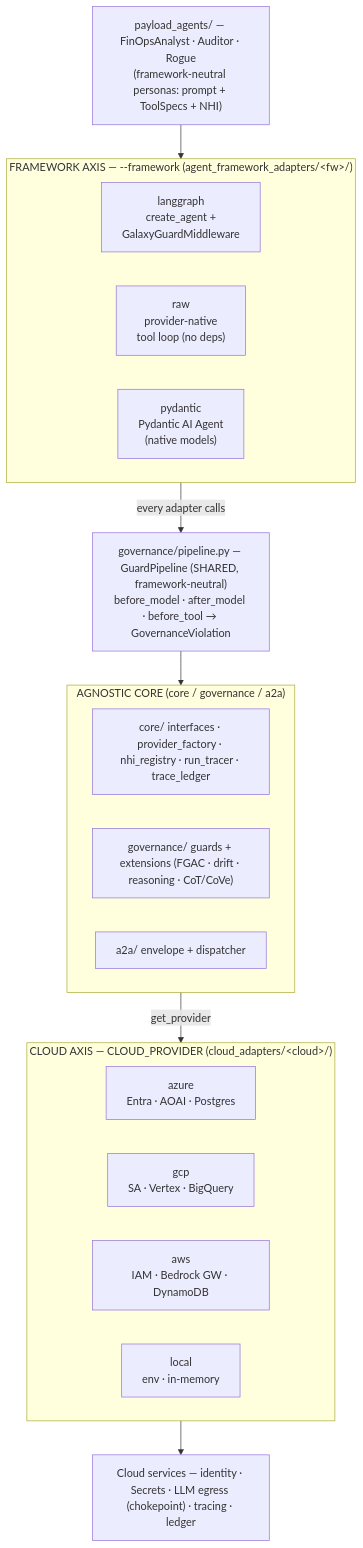
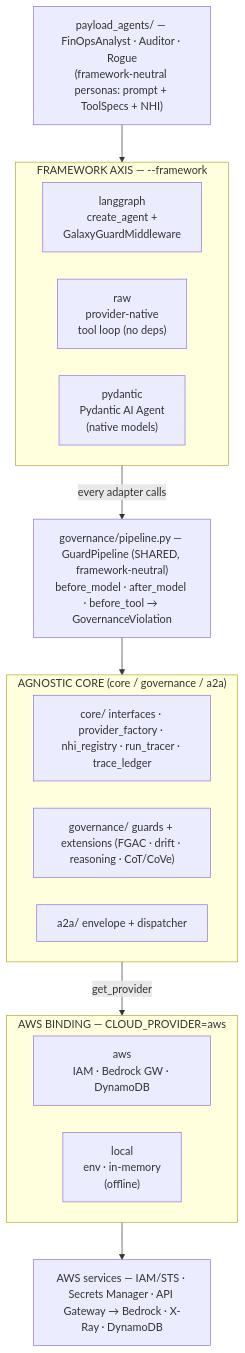
Before and after one commit to rlpatrao/agent-gov-sec: the first of 2 diagrams in docs/architecture-framework-aws.md, drawn with Mermaid. The commit also changed other lines of this file and 56 other files, not shown here.

First line of the commit message:
refactor: move framework adapters into payload_agents/, add per-framework personas

````diff
--- a/docs/architecture-framework-aws.md
+++ b/docs/architecture-framework-aws.md
@@ -57,36 +57,35 @@
 ```mermaid
+%%{init: {"flowchart": {"nodeSpacing": 40, "rankSpacing": 55}, "themeVariables": {"fontSize": "16px"}}}%%
 flowchart TB
     P["payload_agents/ — FinOpsAnalyst · Auditor · Rogue<br/>(framework-neutral personas: prompt + ToolSpecs + NHI)"]
 
-    subgraph FW["FRAMEWORK AXIS — --framework  (agent_framework_adapters/&lt;fw&gt;/)"]
+    subgraph FW["FRAMEWORK AXIS — --framework"]
       direction LR
       LG["langgraph<br/>create_agent +<br/>GalaxyGuardMiddleware"]
       RAW["raw<br/>provider-native<br/>tool loop (no deps)"]
       PYD["pydantic<br/>Pydantic AI Agent<br/>(native models)"]
     end
 
     GP["governance/pipeline.py — GuardPipeline (SHARED, framework-neutral)<br/>before_model · after_model · before_tool → GovernanceViolation"]
 
     subgraph CORE["AGNOSTIC CORE (core / governance / a2a)"]
       direction LR
       C1["core/ interfaces · provider_factory · nhi_registry · run_tracer · trace_ledger"]
       C2["governance/ guards + extensions (FGAC · drift · reasoning · CoT/CoVe)"]
       C3["a2a/ envelope + dispatcher"]
     end
 
-    subgraph CL["CLOUD AXIS — CLOUD_PROVIDER  (cloud_adapters/&lt;cloud&gt;/)"]
+    subgraph CL["AWS BINDING — CLOUD_PROVIDER=aws"]
       direction LR
-      AZ["azure<br/>Entra · AOAI · Postgres"]
-      GC["gcp<br/>SA · Vertex · BigQuery"]
       AW["aws<br/>IAM · Bedrock GW · DynamoDB"]
-      LO["local<br/>env · in-memory"]
+      LO["local<br/>env · in-memory<br/>(offline)"]
     end
 
-    EXT["Cloud services — identity · Secrets · LLM egress (chokepoint) · tracing · ledger"]
+    EXT["AWS services — IAM/STS · Secrets Manager · API Gateway → Bedrock · X-Ray · DynamoDB"]
 
     P --> FW
     FW -->|every adapter calls| GP
     GP --> CORE
     CORE -->|get_provider| CL
     CL --> EXT
 ```
````
